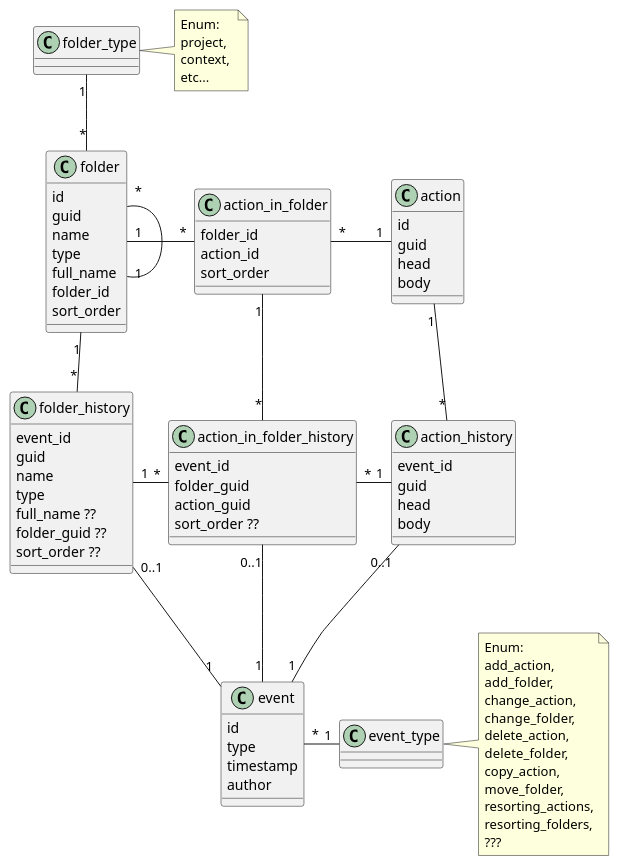
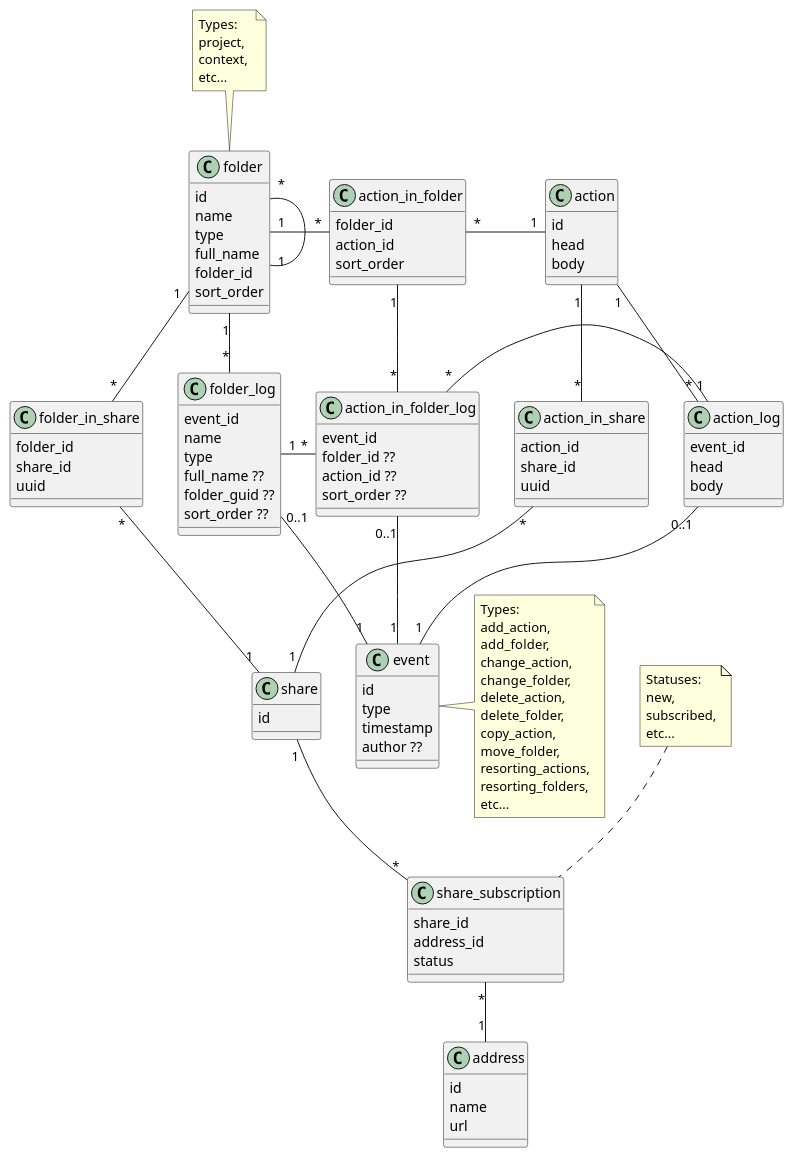
One commit to gelin/agile-notes changed the diagram in docs/data-model.iuml. Above: the diagram before and after it, drawn with PlantUML.

Commit message:
Describing sharing model...

```diff
--- a/docs/data-model.iuml
+++ b/docs/data-model.iuml
@@ -1,98 +1,128 @@
 @startuml
 
 class folder {
     id
-    guid
     name
     type
     full_name
     folder_id
     sort_order
 }
+note top of folder
+    Types: 
+    project, 
+    context, 
+    etc...
+end note
 
 class action {
     id
-    guid
     head
     body
 }
 
 class action_in_folder {
     folder_id
     action_id
     sort_order
 }
 
-class folder_type {
-}
-note right of folder_type
-Enum: 
-project, 
-context, 
-etc...
-end note
-
 folder "1" -r- "*" action_in_folder
 action "1" -l- "*" action_in_folder
 folder "1" -l- "*" folder
-folder "*" -u- "1" folder_type
+
+class share {
+    id
+}
+
+class address {
+    id
+    name
+    url
+}
+
+class share_subscription {
+    share_id
+    address_id
+    status
+}
+note top of share_subscription
+    Statuses:
+    new,
+    subscribed,
+    etc...
+end note
+
+share "1" -- "*" share_subscription
+share_subscription "*" -- "1" address
+
+class folder_in_share {
+    folder_id
+    share_id
+    uuid
+}
+
+class action_in_share {
+    action_id
+    share_id
+    uuid
+}
+
+folder "1" -- "*" folder_in_share
+action "1" -- "*" action_in_share
+folder_in_share "*" -- "1" share
+action_in_share "*" -- "1" share
 
 class event {
     id
     type
     timestamp
-    author
+    author ??
 }
-
-class event_type {
-}
-note right of event_type
-Enum: 
-add_action, 
-add_folder, 
-change_action, 
-change_folder,
-delete_action,
-delete_folder,
-copy_action,
-move_folder,
-resorting_actions,
-resorting_folders,
-???
+note right of event
+    Types: 
+    add_action, 
+    add_folder, 
+    change_action, 
+    change_folder,
+    delete_action,
+    delete_folder,
+    copy_action,
+    move_folder,
+    resorting_actions,
+    resorting_folders,
+    etc...
 end note
 
-class folder_history {
+class folder_log {
     event_id
-    guid
     name
     type
     full_name ??
     folder_guid ??
     sort_order ??
 }
 
-class action_history {
+class action_log {
     event_id
-    guid
     head
     body
 }
 
-class action_in_folder_history {
+class action_in_folder_log {
     event_id
-    folder_guid
-    action_guid
+    folder_id ??
+    action_id ??
     sort_order ??
 }
 
-event "*" -r- "1" event_type
-folder "1" -d- "*" folder_history
-action "1" -d- "*" action_history
-action_in_folder "1" -d- "*" action_in_folder_history
-event "1" -u- "0..1" action_history
-event "1" -u- "0..1" folder_history
-event "1" -u- "0..1" action_in_folder_history
-folder_history "1" -r- "*" action_in_folder_history
-action_history "1" -l- "*" action_in_folder_history
+folder "1" -d- "*" folder_log
+action "1" -d- "*" action_log
+action_in_folder "1" -d- "*" action_in_folder_log
+event "1" -u- "0..1" action_log
+event "1" -u- "0..1" folder_log
+event "1" -u- "0..1" action_in_folder_log
+folder_log "1" -r- "*" action_in_folder_log
+action_log "1" -l- "*" action_in_folder_log
 
 @enduml
```
